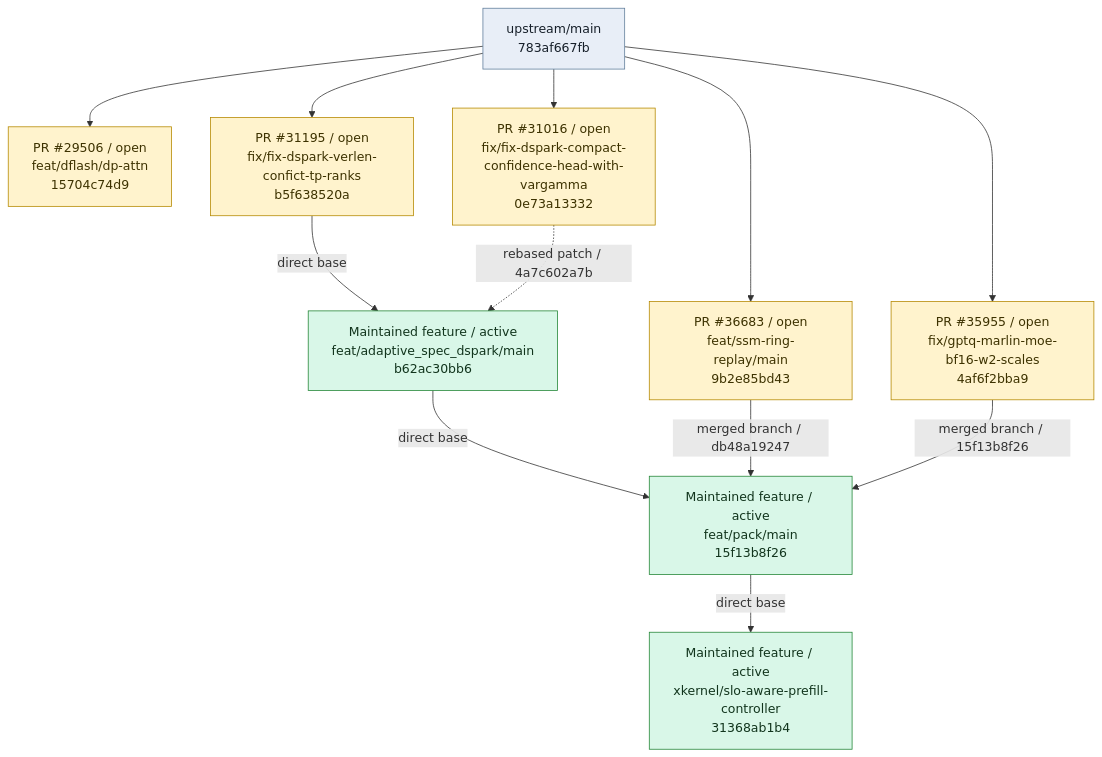
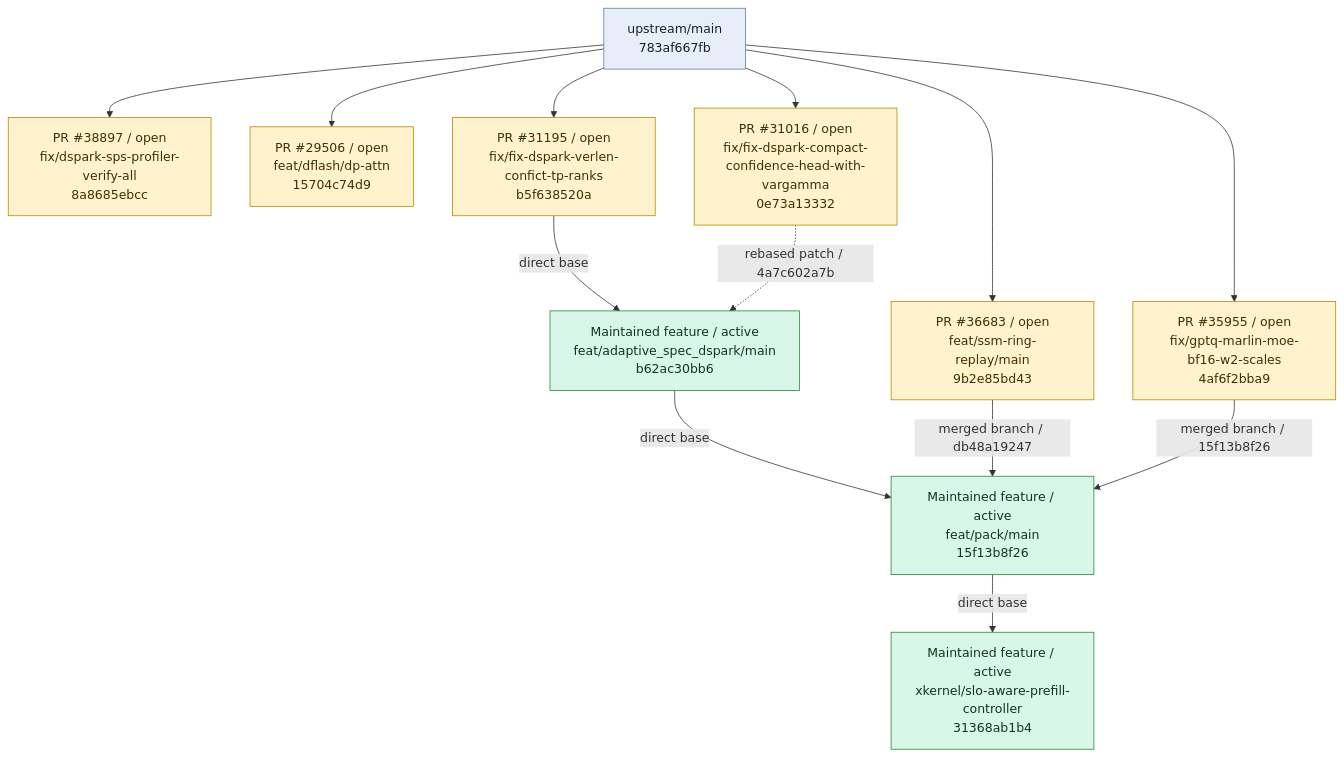
The first of 4 diagrams in BRANCH_GRAPH.md (EanWang211123/sglang), drawn with Mermaid before and after one commit. The commit also changed other lines of this file and 2 other files, not shown here.

Commit message:
meta: register DSpark compact ragged verify fix

````diff
--- a/BRANCH_GRAPH.md
+++ b/BRANCH_GRAPH.md
@@ -11,37 +11,40 @@
 ```mermaid
 flowchart TD
     base_upstream_main["upstream/main<br/>783af667fb"]
+    branch_dspark_compact_ragged_verify["PR #38897 / open<br/>fix/dspark-sps-profiler-verify-all<br/>8a8685ebcc"]
+    base_upstream_main --> branch_dspark_compact_ragged_verify
+    click branch_dspark_compact_ragged_verify "https://github.com/sgl-project/sglang/pull/38897"
     branch_dflash_dp_attn["PR #29506 / open<br/>feat/dflash/dp-attn<br/>15704c74d9"]
     base_upstream_main --> branch_dflash_dp_attn
     click branch_dflash_dp_attn "https://github.com/sgl-project/sglang/pull/29506"
     branch_dspark_tp_budget_sync["PR #31195 / open<br/>fix/fix-dspark-verlen-confict-tp-ranks<br/>b5f638520a"]
     base_upstream_main --> branch_dspark_tp_budget_sync
     click branch_dspark_tp_budget_sync "https://github.com/sgl-project/sglang/pull/31195"
     branch_dspark_runtime_gamma["PR #31016 / open<br/>fix/fix-dspark-compact-confidence-head-with-vargamma<br/>0e73a13332"]
     base_upstream_main --> branch_dspark_runtime_gamma
     click branch_dspark_runtime_gamma "https://github.com/sgl-project/sglang/pull/31016"
     branch_gptq_marlin_moe_bf16_w2_scales["PR #35955 / open<br/>fix/gptq-marlin-moe-bf16-w2-scales<br/>4af6f2bba9"]
     base_upstream_main --> branch_gptq_marlin_moe_bf16_w2_scales
     click branch_gptq_marlin_moe_bf16_w2_scales "https://github.com/sgl-project/sglang/pull/35955"
     branch_replayssm_dflash_dspark["PR #36683 / open<br/>feat/ssm-ring-replay/main<br/>9b2e85bd43"]
     base_upstream_main --> branch_replayssm_dflash_dspark
     click branch_replayssm_dflash_dspark "https://github.com/sgl-project/sglang/pull/36683"
     branch_dspark_adaptive["Maintained feature / active<br/>feat/adaptive_spec_dspark/main<br/>b62ac30bb6"]
     click branch_dspark_adaptive "https://github.com/EanWang211123/sglang/tree/feat/adaptive_spec_dspark/main"
     branch_adaptive_dspark_replayssm_gptq_marlin_pack["Maintained feature / active<br/>feat/pack/main<br/>15f13b8f26"]
     click branch_adaptive_dspark_replayssm_gptq_marlin_pack "https://github.com/EanWang211123/sglang/tree/feat/pack/main"
     branch_xkernel_slo_aware_prefill_controller["Maintained feature / active<br/>xkernel/slo-aware-prefill-controller<br/>31368ab1b4"]
     click branch_xkernel_slo_aware_prefill_controller "https://github.com/EanWang211123/sglang/tree/xkernel/slo-aware-prefill-controller"
     branch_dspark_tp_budget_sync -->|"direct base"| branch_dspark_adaptive
     branch_dspark_runtime_gamma -.->|"rebased patch / 4a7c602a7b"| branch_dspark_adaptive
     branch_dspark_adaptive -->|"direct base"| branch_adaptive_dspark_replayssm_gptq_marlin_pack
     branch_replayssm_dflash_dspark -->|"merged branch / db48a19247"| branch_adaptive_dspark_replayssm_gptq_marlin_pack
     branch_gptq_marlin_moe_bf16_w2_scales -->|"merged branch / 15f13b8f26"| branch_adaptive_dspark_replayssm_gptq_marlin_pack
     branch_adaptive_dspark_replayssm_gptq_marlin_pack -->|"direct base"| branch_xkernel_slo_aware_prefill_controller
     classDef base fill:#e8eef7,stroke:#607d9b,color:#17202a
     classDef pr fill:#fff3cd,stroke:#b58900,color:#3d3200
     classDef feature fill:#d9f7e8,stroke:#238636,color:#12351d
     class base_upstream_main base
-    class branch_dflash_dp_attn,branch_dspark_tp_budget_sync,branch_dspark_runtime_gamma,branch_gptq_marlin_moe_bf16_w2_scales,branch_replayssm_dflash_dspark pr
+    class branch_dspark_compact_ragged_verify,branch_dflash_dp_attn,branch_dspark_tp_budget_sync,branch_dspark_runtime_gamma,branch_gptq_marlin_moe_bf16_w2_scales,branch_replayssm_dflash_dspark pr
     class branch_dspark_adaptive,branch_adaptive_dspark_replayssm_gptq_marlin_pack,branch_xkernel_slo_aware_prefill_controller feature
 ```
````
